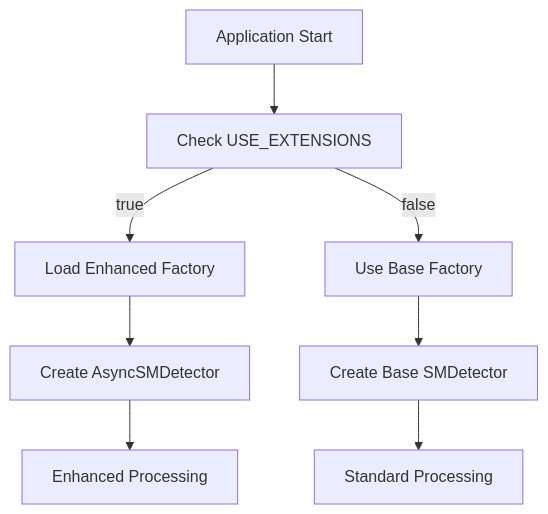
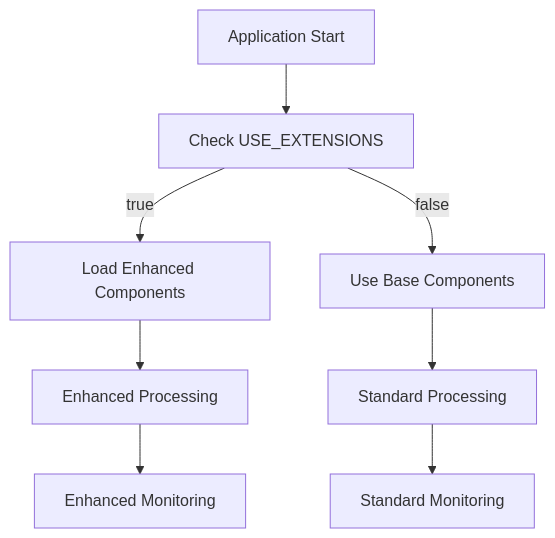
The diagram in extensions/README.md (awslabs/osml-model-runner), drawn with Mermaid before and after one commit. The commit also changed other lines of this file and 34 other files, not shown here.

````diff
--- a/extensions/README.md
+++ b/extensions/README.md
@@ -25,10 +26,10 @@
 ```mermaid
 graph TB
     A[Application Start] --> B[Check USE_EXTENSIONS]
-    B -->|true| C[Load Enhanced Factory]
-    B -->|false| D[Use Base Factory]
-    C --> E[Create AsyncSMDetector]
-    D --> F[Create Base SMDetector]
-    E --> G[Enhanced Processing]
-    F --> H[Standard Processing]
+    B -->|true| C[Load Enhanced Components]
+    B -->|false| D[Use Base Components]
+    C --> E[Enhanced Processing]
+    D --> F[Standard Processing]
+    E --> G[Enhanced Monitoring]
+    F --> H[Standard Monitoring]
 ```
````
